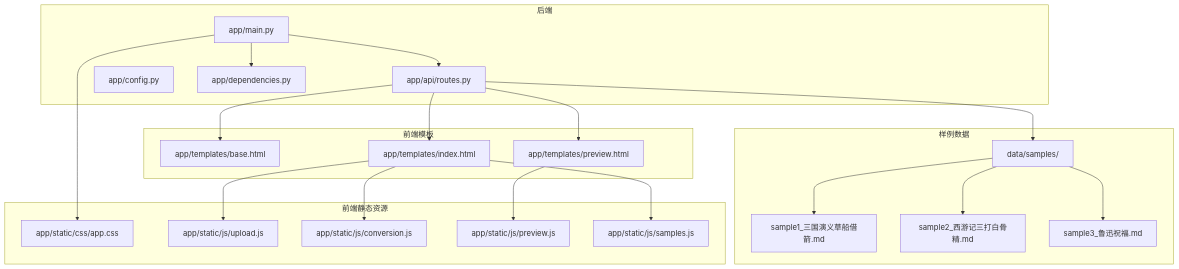
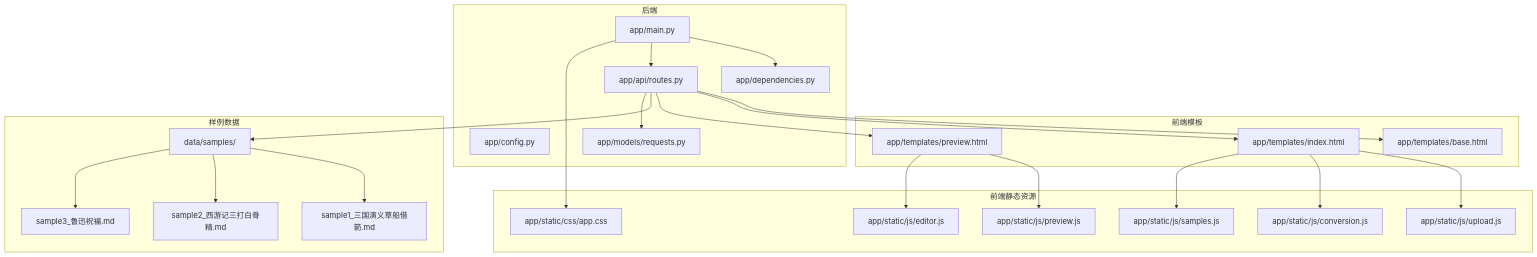
The first of 10 diagrams in .qoder/repowiki/zh/content/前端界面/前端界面.md (tjujingzong/Novel-to-Screenplay), drawn with Mermaid before and after one commit. The commit also changed other lines of this file and 21 other files, not shown here.

````diff
--- a/.qoder/repowiki/zh/content/前端界面/前端界面.md
+++ b/.qoder/repowiki/zh/content/前端界面/前端界面.md
@@ -48,41 +51,45 @@
 ```mermaid
 graph TB
 subgraph "前端模板"
 T1["app/templates/base.html"]
 T2["app/templates/index.html"]
 T3["app/templates/preview.html"]
 end
 subgraph "前端静态资源"
 S1["app/static/css/app.css"]
 S2["app/static/js/upload.js"]
 S3["app/static/js/conversion.js"]
 S4["app/static/js/preview.js"]
 S5["app/static/js/samples.js"]
+S6["app/static/js/editor.js"]
 end
 subgraph "后端"
 M["app/main.py"]
 R["app/api/routes.py"]
 C["app/config.py"]
 D["app/dependencies.py"]
+E["app/models/requests.py"]
 end
 subgraph "样例数据"
 SD["data/samples/"]
 SD1["sample1_三国演义草船借箭.md"]
 SD2["sample2_西游记三打白骨精.md"]
 SD3["sample3_鲁迅祝福.md"]
 end
 T2 --> S2
 T2 --> S3
 T2 --> S5
 T3 --> S4
+T3 --> S6
 M --> D
 M --> R
 R --> T1
 R --> T2
 R --> T3
 M --> S1
 R --> SD
+R --> E
 SD --> SD1
 SD --> SD2
 SD --> SD3
 ```
````
